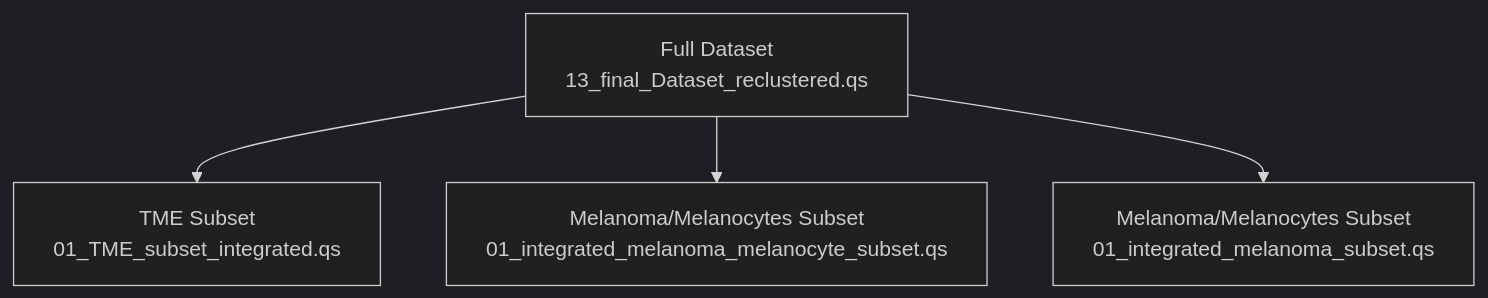
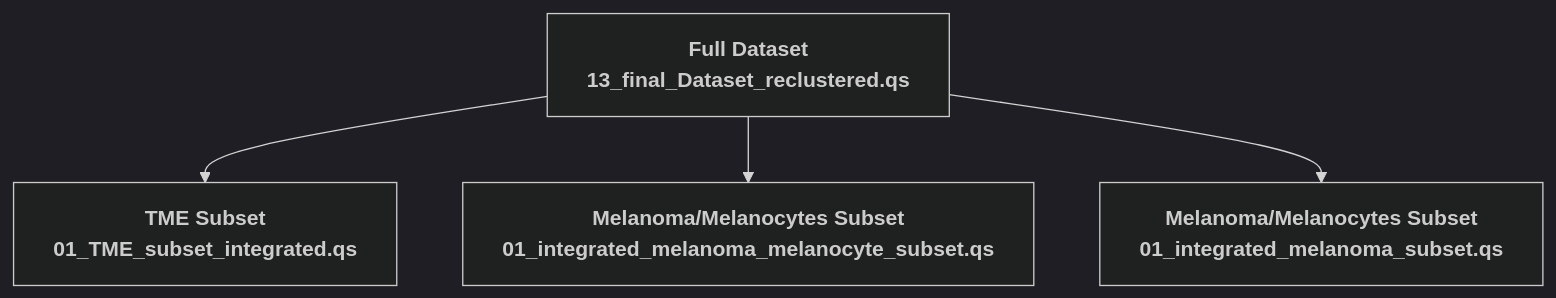
One commit to LevesqueLabHub/UMscAtlas changed the diagram in README.md. Above: the diagram before and after it, drawn with Mermaid (dark theme).

````diff
--- a/README.md
+++ b/README.md
@@ -44,6 +44,6 @@
 ```mermaid
 graph TD
-  A[Full Dataset<br/>13_final_Dataset_reclustered.qs] --> B[TME Subset<br/>01_TME_subset_integrated.qs]
-  A --> C[Melanoma/Melanocytes Subset<br/>01_integrated_melanoma_melanocyte_subset.qs]
-  A --> D[Melanoma/Melanocytes Subset<br/>01_integrated_melanoma_subset.qs]
+  A[<b>Full Dataset<br/>13_final_Dataset_reclustered.qs] --> B[<b>TME Subset<br/>01_TME_subset_integrated.qs]
+  A --> C[<b>Melanoma/Melanocytes Subset<br/>01_integrated_melanoma_melanocyte_subset.qs]
+  A --> D[<b>Melanoma/Melanocytes Subset<br/>01_integrated_melanoma_subset.qs]
 ```
````
